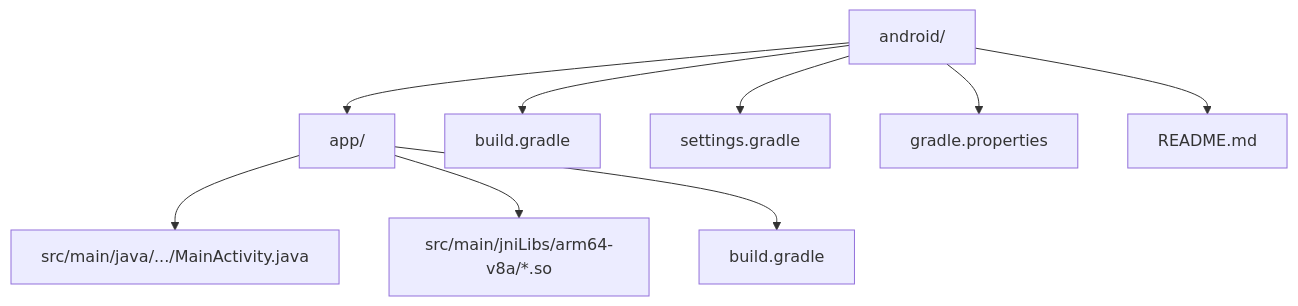
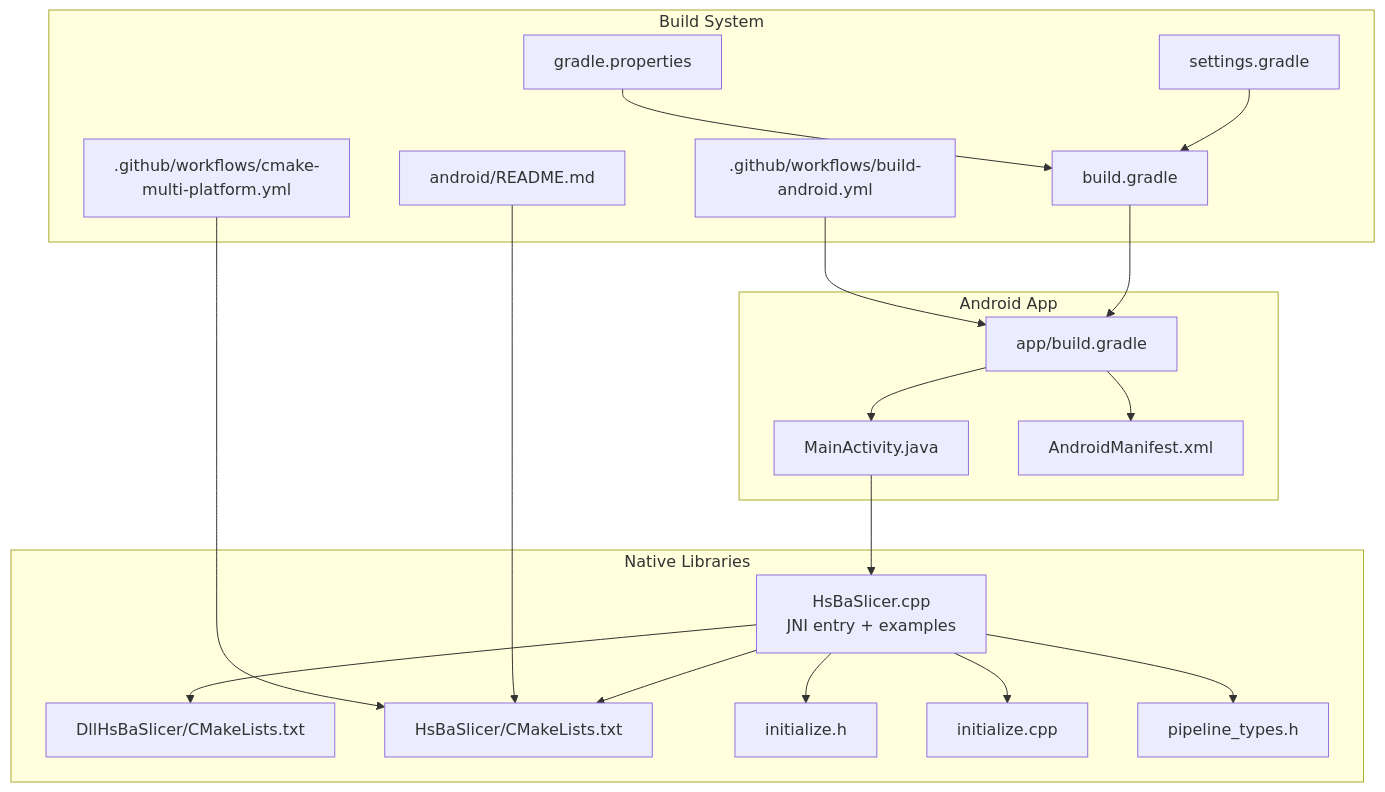
The first of 5 diagrams in .qoder/repowiki/en/content/Integration Guide/Mobile Platform Integration/Android Integration.md (hsmbanlance/HsBaSlicer), drawn with Mermaid before and after one commit. The commit also changed other lines of this file and 1095 other files, not shown here.

````diff
--- a/.qoder/repowiki/en/content/Integration Guide/Mobile Platform Integration/Android Integration.md
+++ b/.qoder/repowiki/en/content/Integration Guide/Mobile Platform Integration/Android Integration.md
@@ -37,11 +47,38 @@
 ```mermaid
 graph TB
-A["android/"] --> B["app/"]
-B --> C["src/main/java/.../MainActivity.java"]
-B --> D["src/main/jniLibs/arm64-v8a/*.so"]
-B --> E["build.gradle"]
-A --> F["build.gradle"]
-A --> G["settings.gradle"]
-A --> H["gradle.properties"]
-A --> I["README.md"]
+subgraph "Android App"
+MA["MainActivity.java"]
+GRADLE_APP["app/build.gradle"]
+MANIFEST["AndroidManifest.xml"]
+end
+subgraph "Native Libraries"
+HSBA_CPP["HsBaSlicer.cpp<br/>JNI entry + examples"]
+DLL_CMAKE["DllHsBaSlicer/CMakeLists.txt"]
+HSBA_CMAKE["HsBaSlicer/CMakeLists.txt"]
+INIT_H["initialize.h"]
+INIT_CPP["initialize.cpp"]
+TYPES["pipeline_types.h"]
+end
+subgraph "Build System"
+ROOT_GRADLE["build.gradle"]
+SETTINGS["settings.gradle"]
+PROPS["gradle.properties"]
+ANDROID_README["android/README.md"]
+CI_MULTI[".github/workflows/cmake-multi-platform.yml"]
+CI_ANDROID[".github/workflows/build-android.yml"]
+end
+MA --> HSBA_CPP
+HSBA_CPP --> DLL_CMAKE
+HSBA_CPP --> HSBA_CMAKE
+HSBA_CPP --> INIT_H
+HSBA_CPP --> INIT_CPP
+HSBA_CPP --> TYPES
+GRADLE_APP --> MANIFEST
+GRADLE_APP --> MA
+ROOT_GRADLE --> GRADLE_APP
+SETTINGS --> ROOT_GRADLE
+PROPS --> ROOT_GRADLE
+ANDROID_README --> HSBA_CMAKE
+CI_MULTI --> HSBA_CMAKE
+CI_ANDROID --> GRADLE_APP
 ```
````
